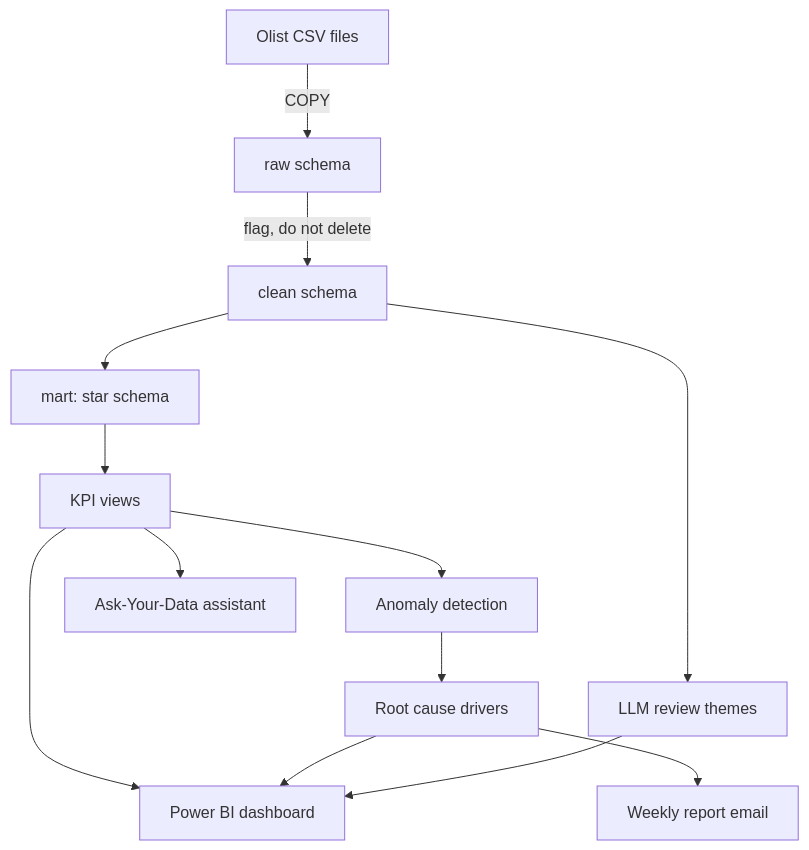
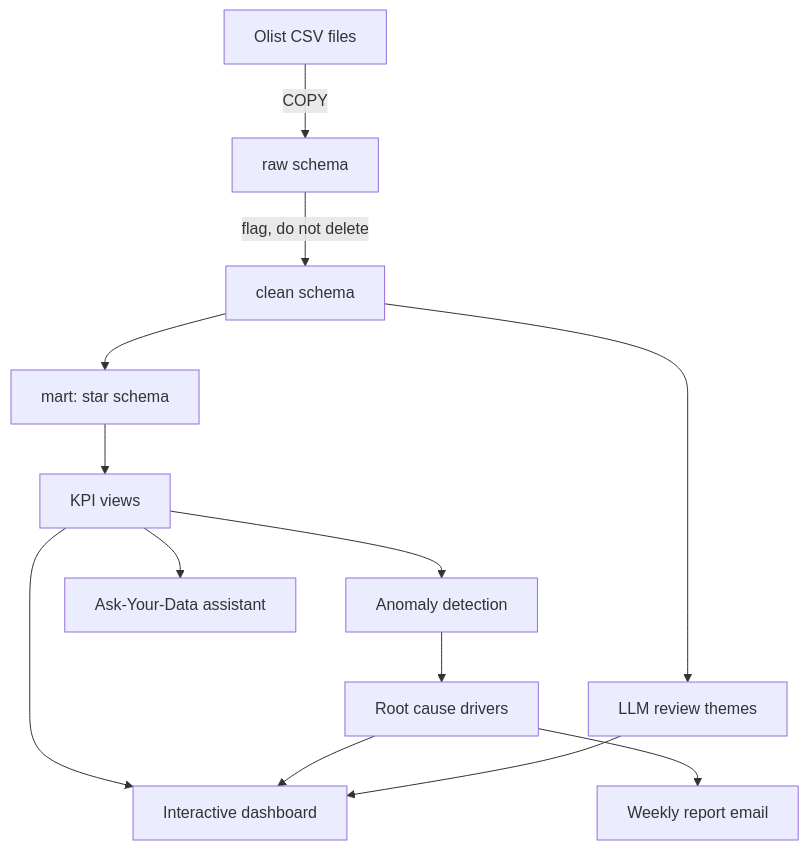
Before and after one commit to KashishSharma05/KPI_Analytics_Dashboard: the diagram in README.md, drawn with Mermaid. The commit also changed other lines of this file and 26 other files, not shown here.

````diff
--- a/README.md
+++ b/README.md
@@ -24,15 +25,15 @@
 ```mermaid
 flowchart TD
     A[Olist CSV files] -->|COPY| B[raw schema]
     B -->|flag, do not delete| C[clean schema]
     C --> D[mart: star schema]
     D --> E[KPI views]
     E --> F[Anomaly detection]
     F --> G[Root cause drivers]
     C --> H[LLM review themes]
-    E --> I[Power BI dashboard]
+    E --> I[Interactive dashboard]
     G --> I
     H --> I
     E --> J[Ask-Your-Data assistant]
     G --> K[Weekly report email]
 ```
````
